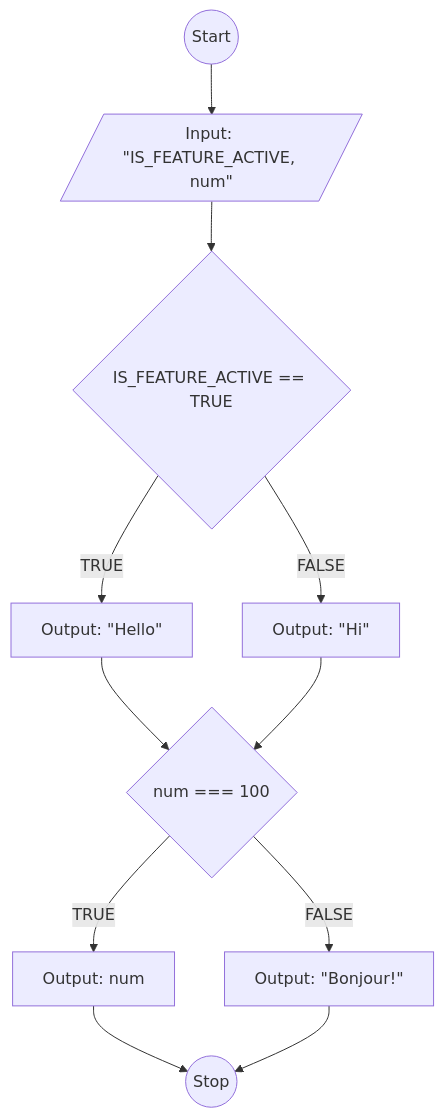
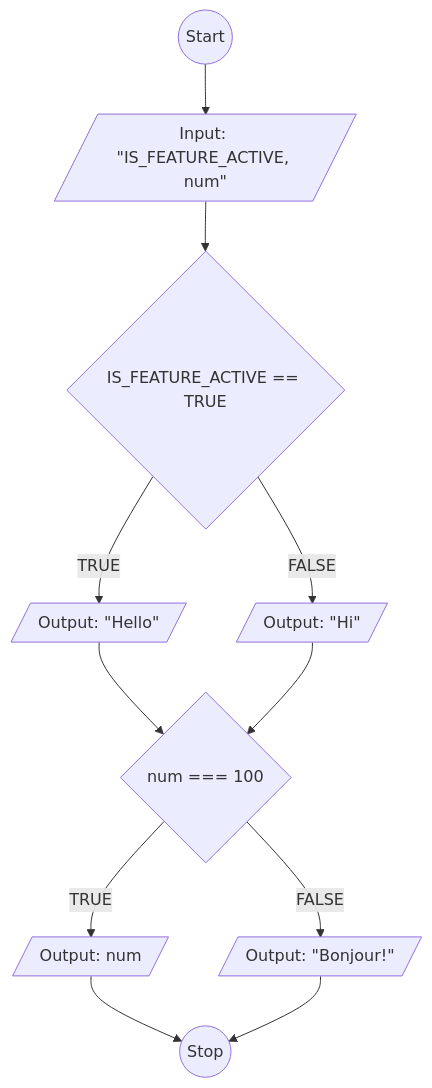
One commit to makarim22/koda-b6-javascript1 changed the diagram in flowchart-switch-case.md. Above: the diagram before and after it, drawn with Mermaid.

````diff
--- a/flowchart-switch-case.md
+++ b/flowchart-switch-case.md
@@ -1,45 +1,45 @@
 ```mermaid
 flowchart TD
 
 A@{ shape: circle, label: "Start" } --> B
 
 B@{ shape: lean-r, label: "Input: \"IS_FEATURE_ACTIVE, num\"" }  --> C
 
 
 C@{ shape: diamond, label: "IS_FEATURE_ACTIVE == TRUE" }
 
-D@{ shape: rect, label: "Output: \"Hello\" " }
+D@{ shape: lean-r, label: "Output: \"Hello\" " }
 
-E@{ shape: rect, label: "Output: \"Hi\" " }
+E@{ shape: lean-r, label: "Output: \"Hi\" " }
 
 F@{ shape: diamond, label: "num === 100" }
 
-G@{ shape: rect, label: "Output: num" }
+G@{ shape: lean-r, label: "Output: num" }
 
-H@{ shape: rect, label: "Output: \"Bonjour!\" " }
+H@{ shape: lean-r, label: "Output: \"Bonjour!\" " }
 
 Z@{ shape: circle, label: "Stop" } 
 
 C -- TRUE --> D
 C -- FALSE --> E
 
 D --> F
 E --> F
 
 F -- TRUE --> G
 F -- FALSE --> H
 
 G --> Z
 H --> Z
 
 
 
 
 
 
 
 
 
 
 
 ```
````
